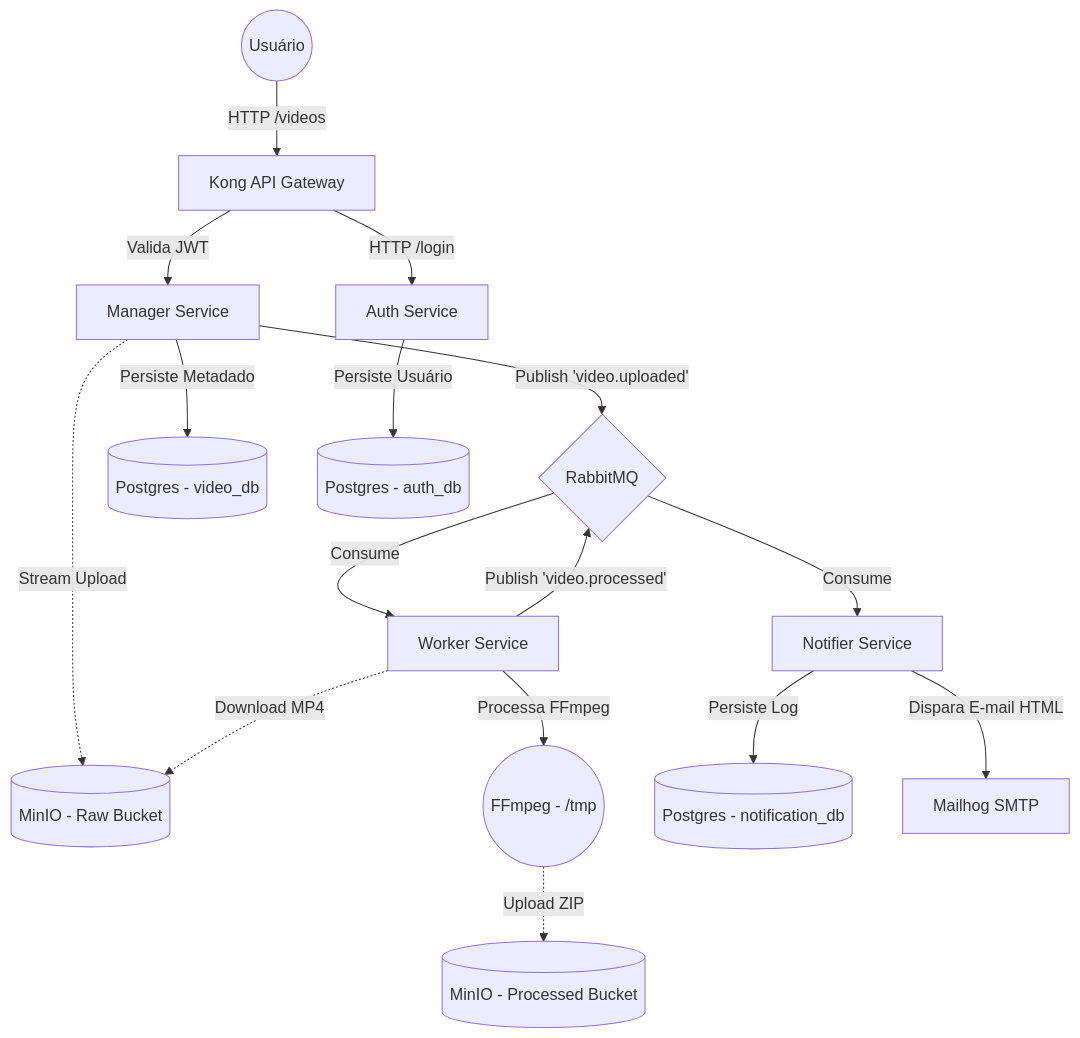
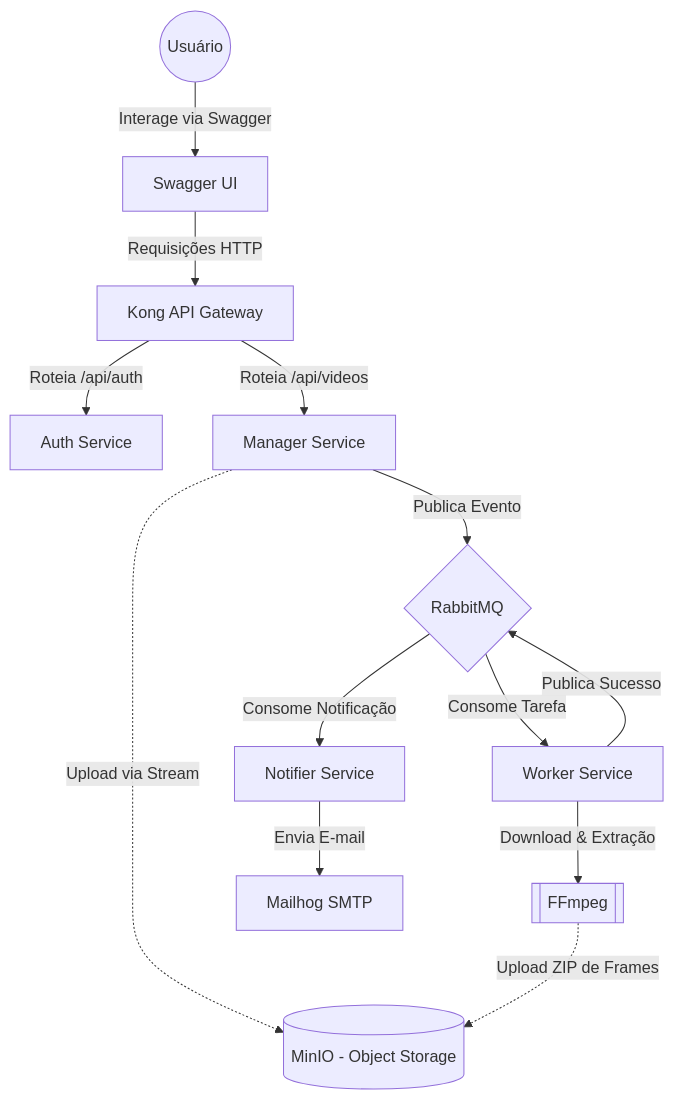
One commit to GuilhermePoletti/fiapx-infra changed the diagram in README.md. Above: the diagram before and after it, drawn with Mermaid. The commit also changed other lines of this file and 5 other files, not shown here.

````diff
--- a/README.md
+++ b/README.md
@@ -19,22 +21,19 @@
 ```mermaid
 graph TD
-    Client((Usuário)) -->|HTTP /videos| Kong[Kong API Gateway]
-    Kong -->|Valida JWT| Manager[Manager Service]
-    Kong -->|HTTP /login| Auth[Auth Service]
+    Client((Usuário)) -->|Interage via Swagger| Swagger[Swagger UI]
+    Swagger -->|Requisições HTTP| Kong[Kong API Gateway]
     
-    Manager -.->|Stream Upload| MinIO_Raw[(MinIO - Raw Bucket)]
-    Manager -->|Publish 'video.uploaded'| RMQ{RabbitMQ}
-    Manager -->|Persiste Metadado| DB_Manager[(Postgres - video_db)]
+    Kong -->|Roteia /api/auth| Auth[Auth Service]
+    Kong -->|Roteia /api/videos| Manager[Manager Service]
     
-    Auth -->|Persiste Usuário| DB_Auth[(Postgres - auth_db)]
+    Manager -.->|Upload via Stream| MinIO[(MinIO - Object Storage)]
+    Manager -->|Publica Evento| RMQ{RabbitMQ}
     
-    RMQ -->|Consume| Worker[Worker Service]
-    Worker -.->|Download MP4| MinIO_Raw
-    Worker -->|Processa FFmpeg| CPU((FFmpeg - /tmp))
-    CPU -.->|Upload ZIP| MinIO_Processed[(MinIO - Processed Bucket)]
-    Worker -->|Publish 'video.processed'| RMQ
+    RMQ -->|Consome Tarefa| Worker[Worker Service]
+    Worker -->|Download & Extração| FFmpeg[[FFmpeg]]
+    FFmpeg -.->|Upload ZIP de Frames| MinIO
+    Worker -->|Publica Sucesso| RMQ
     
-    RMQ -->|Consume| Notifier[Notifier Service]
-    Notifier -->|Persiste Log| DB_Notifier[(Postgres - notification_db)]
-    Notifier -->|Dispara E-mail HTML| Mailhog[Mailhog SMTP]
+    RMQ -->|Consome Notificação| Notifier[Notifier Service]
+    Notifier -->|Envia E-mail| Mailhog[Mailhog SMTP]
 ```
````
